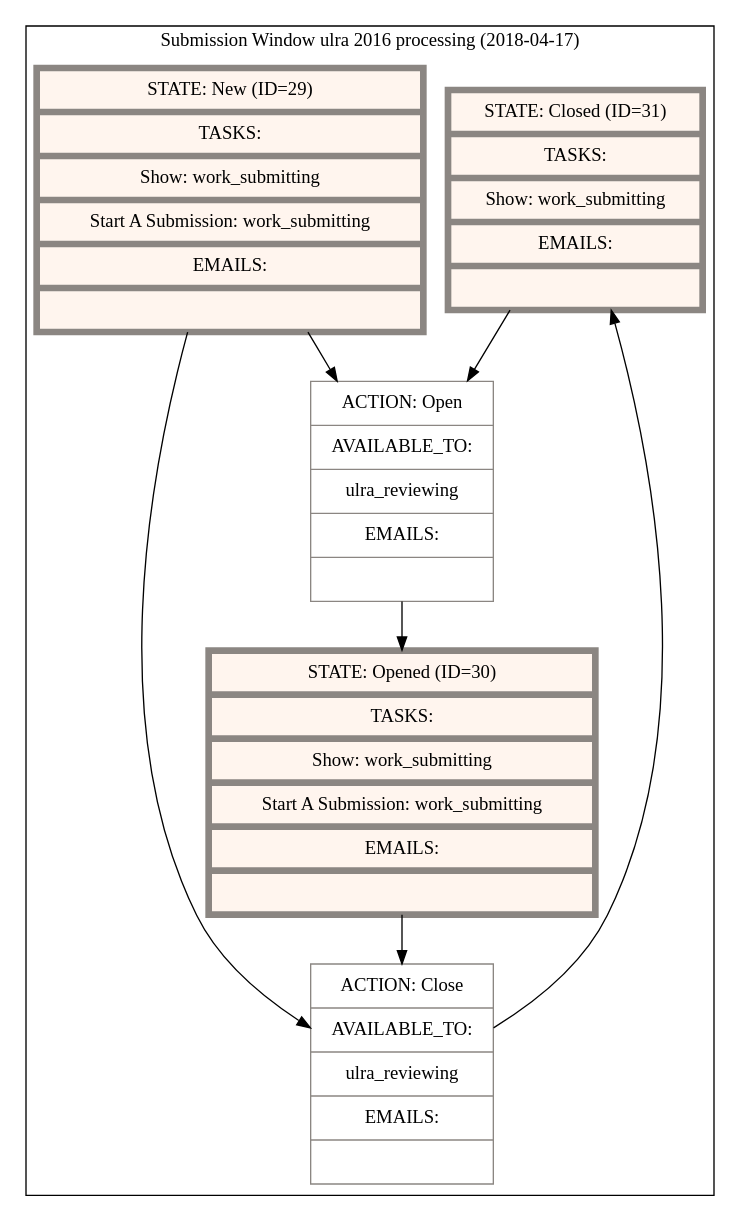
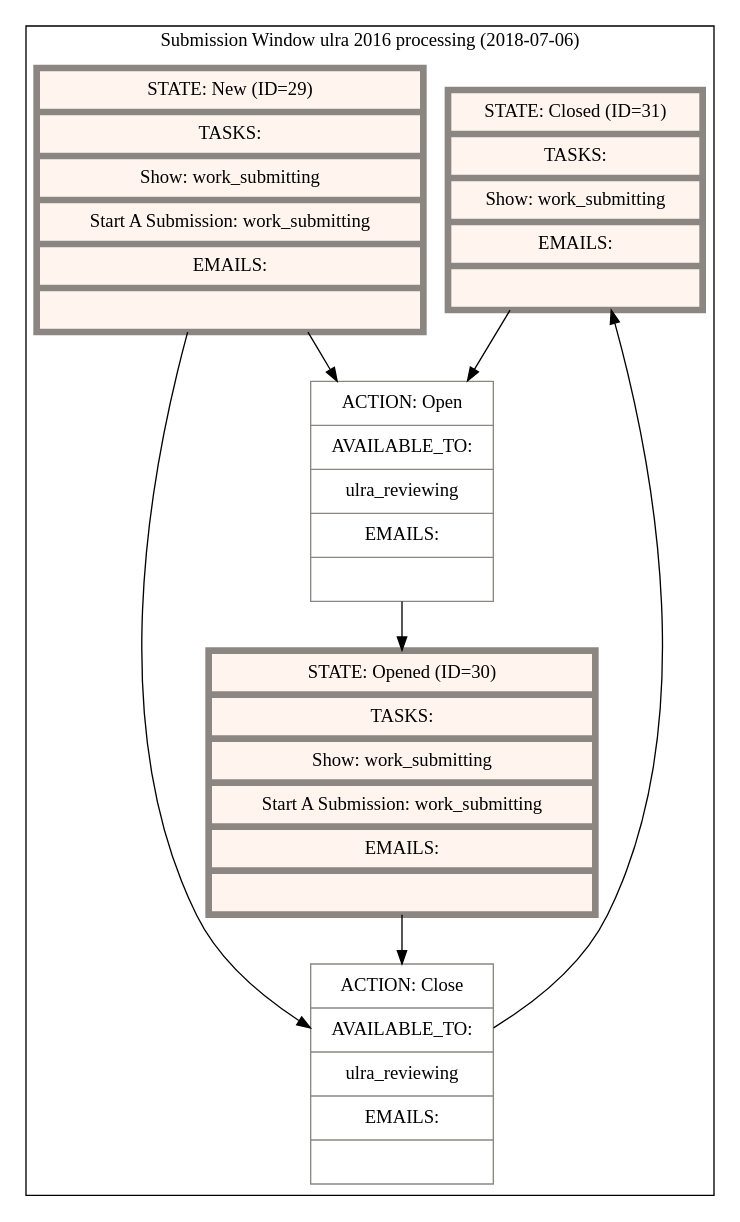
Before and after one commit to ndlib/sipity: the diagram in artifacts/state_machines/submission_window_ulra_2016_processing.dot, drawn with Graphviz. The commit also changed 12 other files, not shown here.

```diff
--- a/artifacts/state_machines/submission_window_ulra_2016_processing.dot
+++ b/artifacts/state_machines/submission_window_ulra_2016_processing.dot
@@ -1,27 +1,27 @@
 digraph "G" {
   compound=true;
   node[color="grey15" margin="0.15, 0.125"];
   subgraph cluster_0 {
-    label="Submission Window ulra 2016 processing (2018-04-17)"
+    label="Submission Window ulra 2016 processing (2018-07-06)"
     node[style=filled fillcolor=white color="seashell4"]
     subgraph 0 {
       label="States";
       node[shape="record" fillcolor="seashell1" penwidth=5]
       state_closed [label="{ STATE: Closed (ID=31)| TASKS: | Show: work_submitting | EMAILS: |  }"]
       state_new [label="{ STATE: New (ID=29)| TASKS: | Show: work_submitting | Start A Submission: work_submitting | EMAILS: |  }"]
       state_opened [label="{ STATE: Opened (ID=30)| TASKS: | Show: work_submitting | Start A Submission: work_submitting | EMAILS: |  }"]
     }
     subgraph 1 {
       label="Actions"
       node[shape="record" shape=record penwidth=1]
         action_open [label="{ ACTION: Open | AVAILABLE_TO: | ulra_reviewing | EMAILS: |  }"]
         action_close [label="{ ACTION: Close | AVAILABLE_TO: | ulra_reviewing | EMAILS: |  }"]
     }
       state_closed -> action_open
       action_open -> state_opened
       state_new -> action_open
       state_new -> action_close
       action_close -> state_closed
       state_opened -> action_close
   }
 }
```
